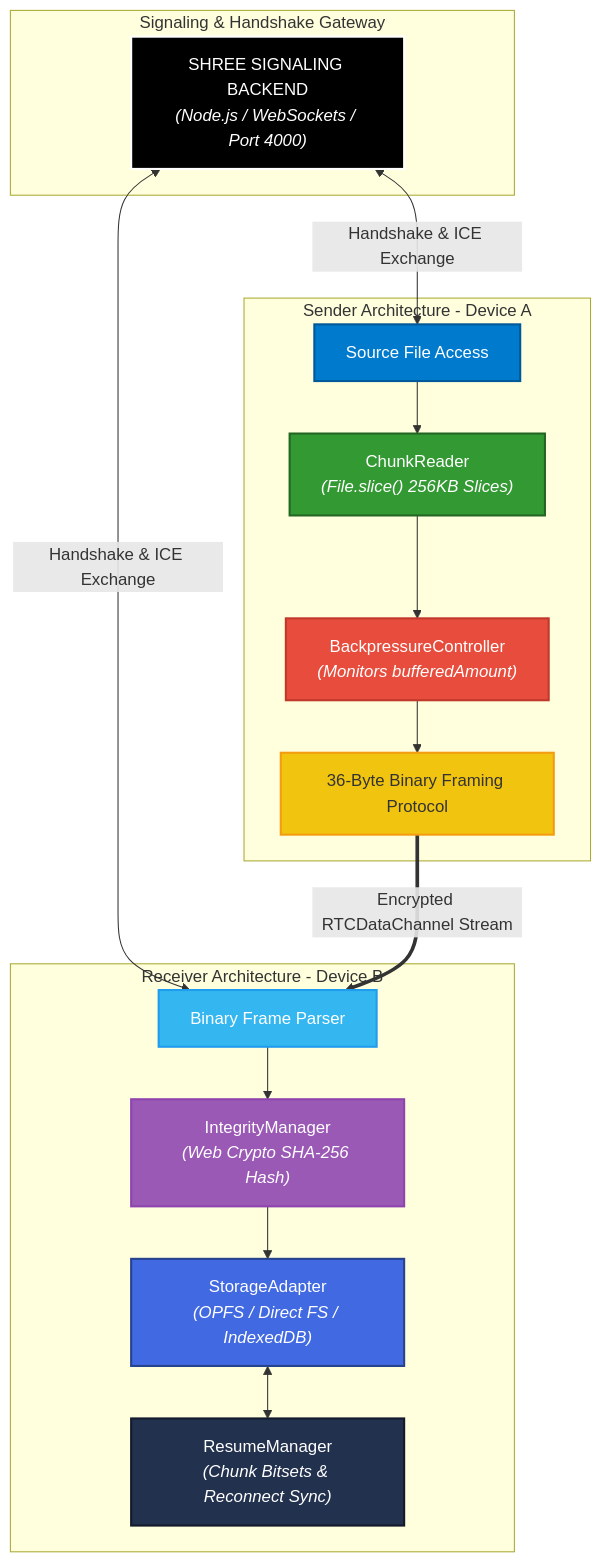
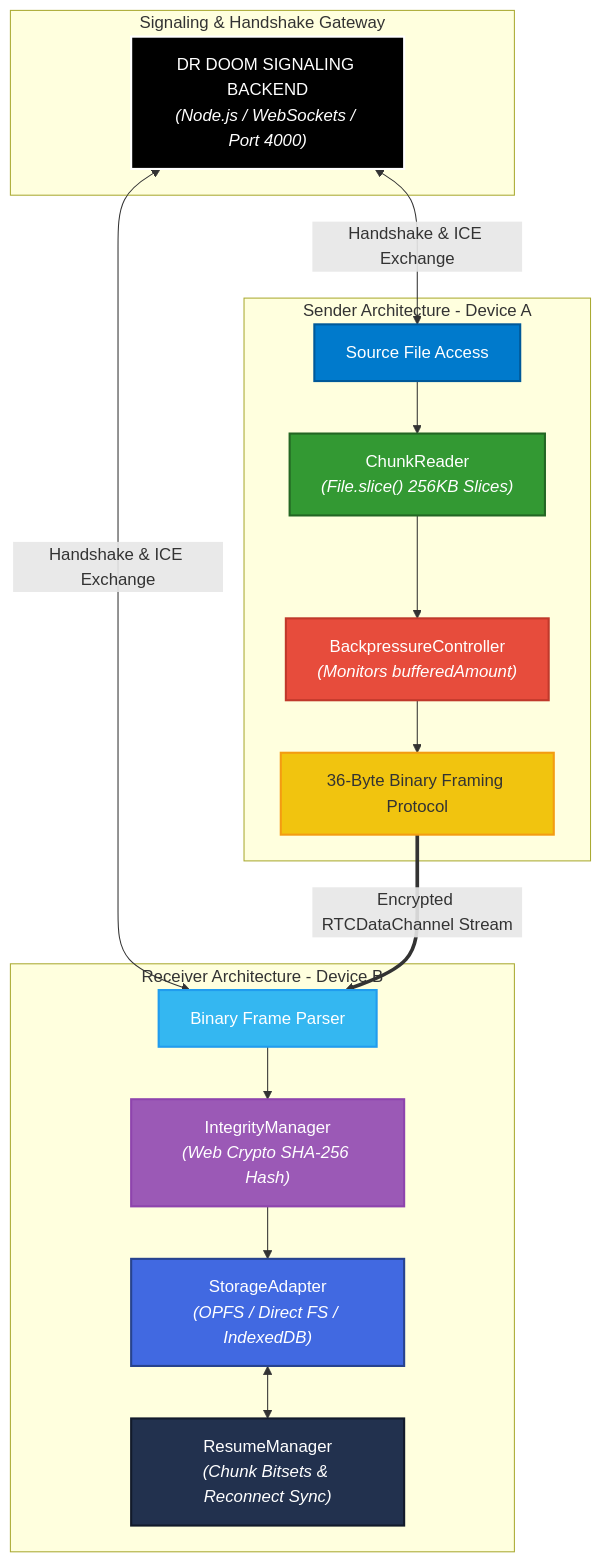
Before and after one commit to shreeharsh-patil/P2P: the diagram in README.md, drawn with Mermaid. The commit also changed other lines of this file and 11 other files, not shown here.

Commit message:
feat(brand): rebrand SHREE P2P as DR DOOM with generated emerald emblem

````diff
--- a/README.md
+++ b/README.md
@@ -42,43 +42,43 @@
 ```mermaid
 graph TD
     subgraph "Signaling & Handshake Gateway"
-        A["SHREE SIGNALING BACKEND<br><i>(Node.js / WebSockets / Port 4000)</i>"]
+        A["DR DOOM SIGNALING BACKEND<br><i>(Node.js / WebSockets / Port 4000)</i>"]
     end
 
     subgraph "Sender Architecture - Device A"
         B1["Source File Access"]
         B2["ChunkReader<br><i>(File.slice() 256KB Slices)</i>"]
         B3["BackpressureController<br><i>(Monitors bufferedAmount)</i>"]
         B4["36-Byte Binary Framing Protocol"]
     end
 
     subgraph "Receiver Architecture - Device B"
         C1["Binary Frame Parser"]
         C2["IntegrityManager<br><i>(Web Crypto SHA-256 Hash)</i>"]
         C3["StorageAdapter<br><i>(OPFS / Direct FS / IndexedDB)</i>"]
         C4["ResumeManager<br><i>(Chunk Bitsets & Reconnect Sync)</i>"]
     end
 
     A <-->|Handshake & ICE Exchange| B1
     A <-->|Handshake & ICE Exchange| C1
 
     B1 --> B2
     B2 --> B3
     B3 --> B4
 
     B4 == Encrypted RTCDataChannel Stream ==> C1
 
     C1 --> C2
     C2 --> C3
     C3 <--> C4
 
     style A fill:#000000,stroke:#fff,stroke-width:2px,color:#fff
     style B1 fill:#007ACC,stroke:#005999,stroke-width:2px,color:#fff
     style B2 fill:#339933,stroke:#236623,stroke-width:2px,color:#fff
     style B3 fill:#e74c3c,stroke:#c0392b,stroke-width:2px,color:#fff
     style B4 fill:#f1c40f,stroke:#f39c12,stroke-width:2px,color:#333
     style C1 fill:#34B7F1,stroke:#209CEE,stroke-width:2px,color:#fff
     style C2 fill:#9b59b6,stroke:#8e44ad,stroke-width:2px,color:#fff
     style C3 fill:#4169E1,stroke:#27438e,stroke-width:2px,color:#fff
     style C4 fill:#22314E,stroke:#121a2b,stroke-width:2px,color:#fff
 ```
````
